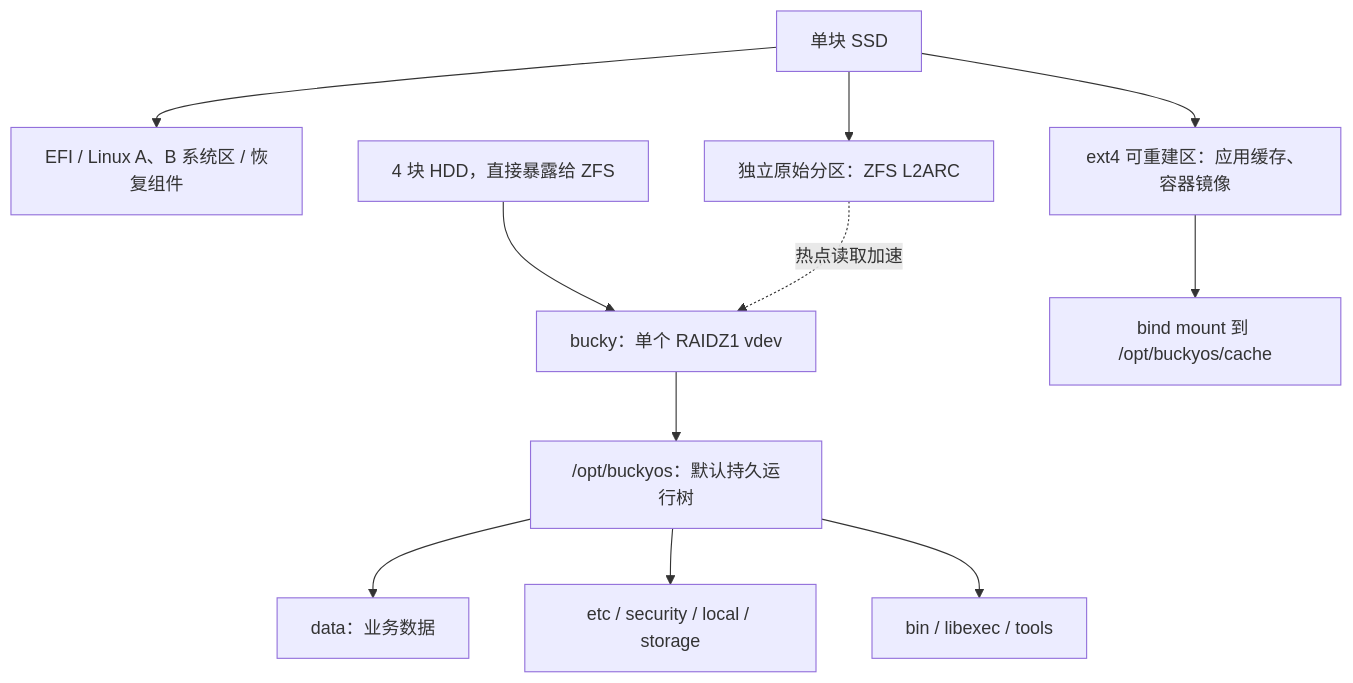
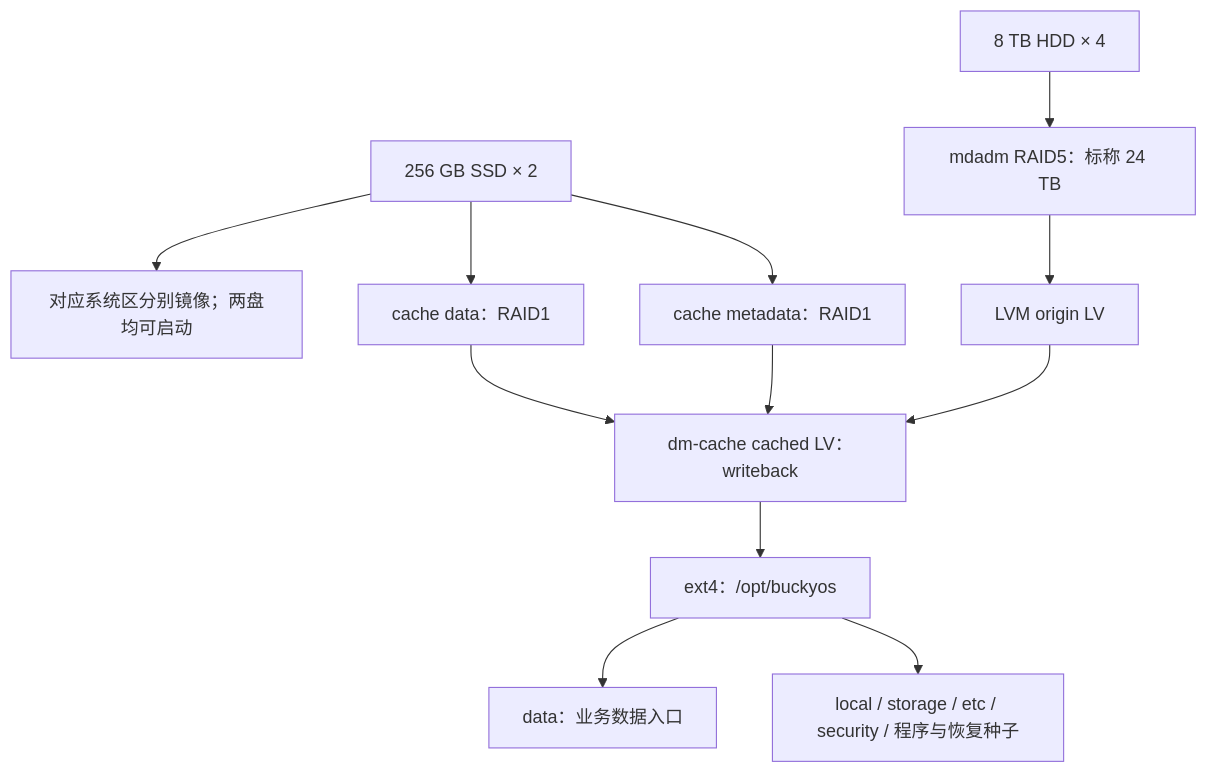
Before and after one commit to buckyos/buckyos: the diagram in proposals/hardware-rom-storage.md, drawn with Mermaid. The commit also changed other lines of this file and 45 other files, not shown here.

````diff
--- a/proposals/hardware-rom-storage.md
+++ b/proposals/hardware-rom-storage.md
@@ -36,13 +47,14 @@
 ```mermaid
 flowchart TD
-    SSD["单块 SSD"] --> BOOT["EFI / Linux A、B 系统区 / 恢复组件"]
-    SSD --> CACHE["ext4 可重建区：应用缓存、容器镜像"]
-    SSD --> L2["独立原始分区：ZFS L2ARC"]
-    HDD["4 块 HDD，直接暴露给 ZFS"] --> POOL["bucky：单个 RAIDZ1 vdev"]
-    POOL --> ROOT["/opt/buckyos：默认持久运行树"]
-    ROOT --> DATA["data：业务数据"]
-    ROOT --> STATE["etc / security / local / storage"]
-    ROOT --> CODE["bin / libexec / tools"]
-    CACHE --> APP_CACHE["bind mount 到 /opt/buckyos/cache"]
-    L2 -. "热点读取加速" .-> POOL
+    SSD["256 GB SSD × 2"] --> SYS["对应系统区分别镜像；两盘均可启动"]
+    SSD --> CD["cache data：RAID1"]
+    SSD --> CM["cache metadata：RAID1"]
+    HDD["8 TB HDD × 4"] --> MD["mdadm RAID5：标称 24 TB"]
+    MD --> ORIGIN["LVM origin LV"]
+    ORIGIN --> CACHED["dm-cache cached LV：writeback"]
+    CD --> CACHED
+    CM --> CACHED
+    CACHED --> FS["ext4：/opt/buckyos"]
+    FS --> DATA["data：业务数据入口"]
+    FS --> STATE["local / storage / etc / security / 程序与恢复种子"]
 ```
````
